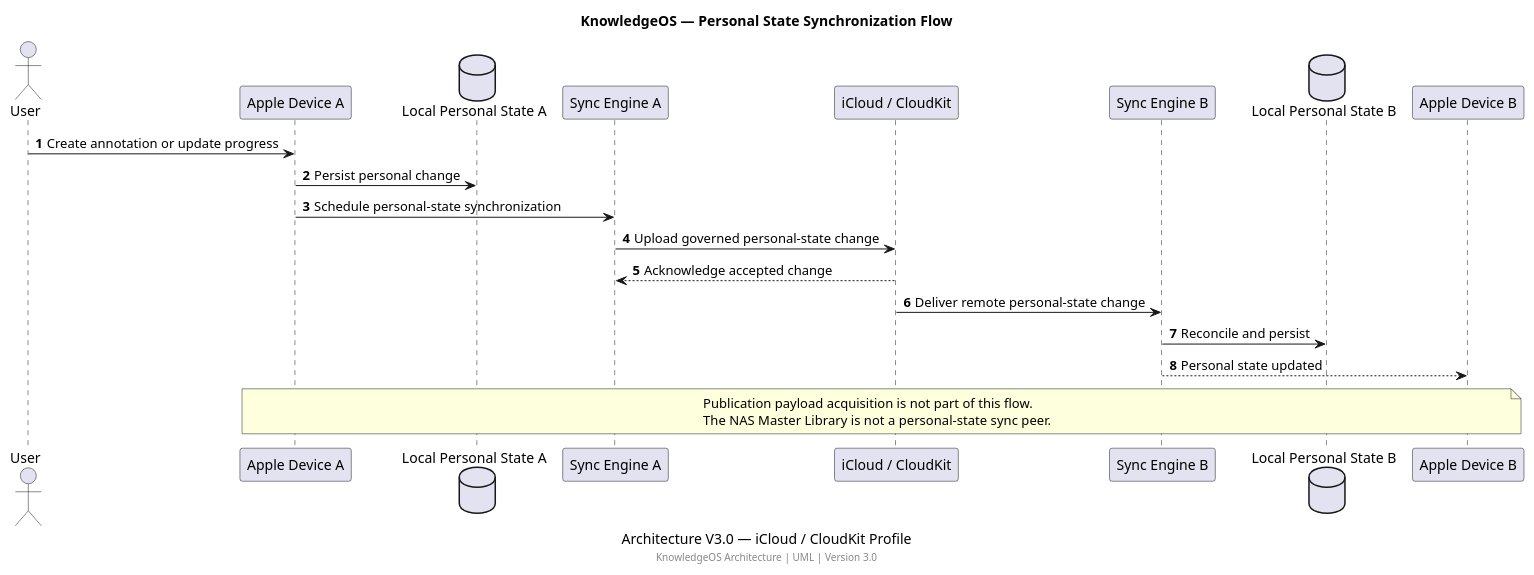
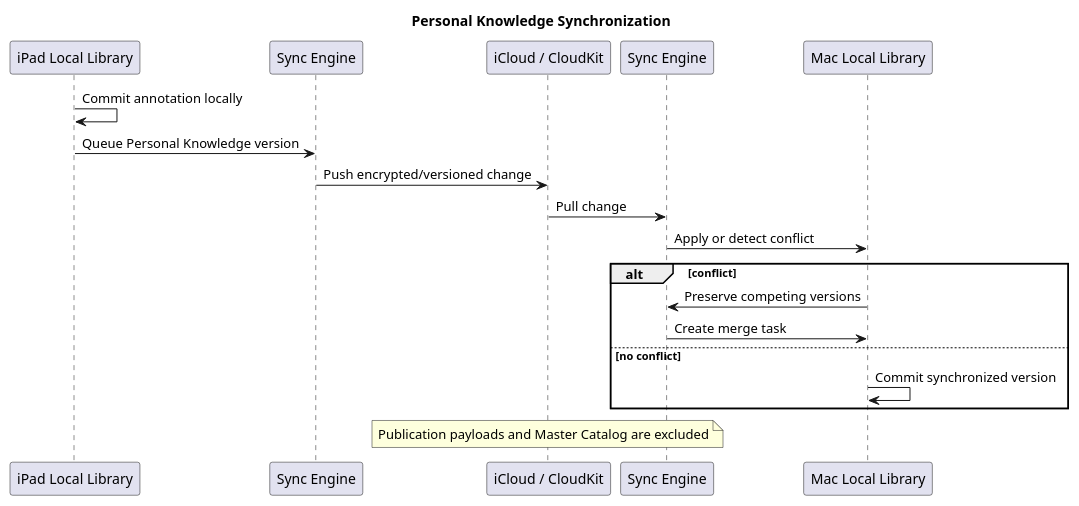
The diagram in 00-Architecture/07-ArchitectureViews/UML/Synchronization-Flow.puml (Sebailla/KnowledgeOS), drawn with PlantUML before and after one commit. The commit also changed 51 other files, not shown here.

First line of the commit message:
feat(governance): Update Architecture Governance to version 4.0

```diff
--- a/00-Architecture/07-ArchitectureViews/UML/Synchronization-Flow.puml
+++ b/00-Architecture/07-ArchitectureViews/UML/Synchronization-Flow.puml
@@ -1,33 +1,20 @@
 @startuml UML-SYNCHRONIZATION-FLOW
-title KnowledgeOS — Personal State Synchronization Flow
-caption Architecture V3.0 — iCloud / CloudKit Profile
-
-skinparam shadowing false
-autonumber
-
-actor User
-participant "Apple Device A" as A
-database "Local Personal State A" as StateA
-participant "Sync Engine A" as SyncA
+title Personal Knowledge Synchronization
+participant "iPad Local Library" as IPad
+participant "Sync Engine" as SyncA
 participant "iCloud / CloudKit" as Cloud
-participant "Sync Engine B" as SyncB
-database "Local Personal State B" as StateB
-participant "Apple Device B" as B
-
-User -> A : Create annotation or update progress
-A -> StateA : Persist personal change
-A -> SyncA : Schedule personal-state synchronization
-SyncA -> Cloud : Upload governed personal-state change
-Cloud --> SyncA : Acknowledge accepted change
-
-Cloud -> SyncB : Deliver remote personal-state change
-SyncB -> StateB : Reconcile and persist
-SyncB --> B : Personal state updated
-
-note over A, B
-  Publication payload acquisition is not part of this flow.
-  The NAS Master Library is not a personal-state sync peer.
-end note
-
-footer KnowledgeOS Architecture | UML | Version 3.0
+participant "Sync Engine" as SyncB
+participant "Mac Local Library" as Mac
+IPad -> IPad: Commit annotation locally
+IPad -> SyncA: Queue Personal Knowledge version
+SyncA -> Cloud: Push encrypted/versioned change
+Cloud -> SyncB: Pull change
+SyncB -> Mac: Apply or detect conflict
+alt conflict
+ Mac -> SyncB: Preserve competing versions
+ SyncB -> Mac: Create merge task
+else no conflict
+ Mac -> Mac: Commit synchronized version
+end
+note over Cloud: Publication payloads and Master Catalog are excluded
 @enduml
```
